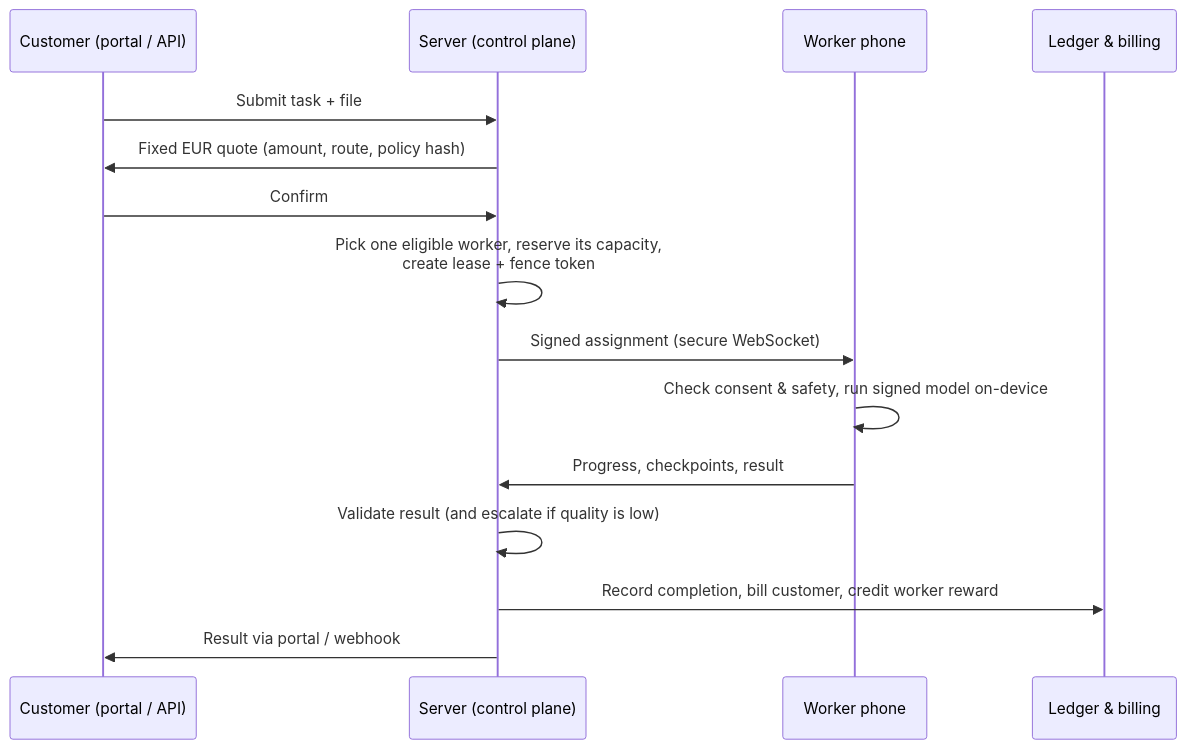
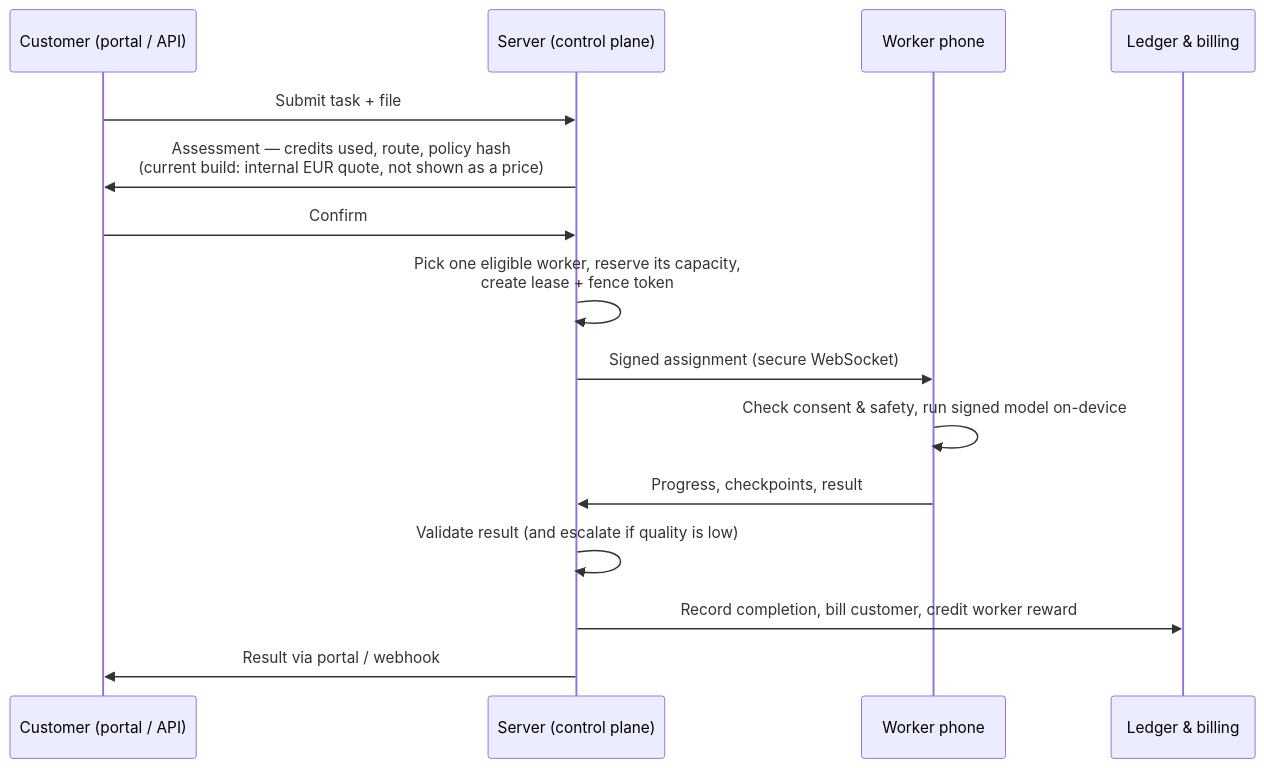
The diagram in docs/PROJECT-OVERVIEW.md (shahinfarahani7/project-pyton-version), drawn with Mermaid before and after one commit. The commit also changed other lines of this file and 25 other files, not shown here.

````diff
--- a/docs/PROJECT-OVERVIEW.md
+++ b/docs/PROJECT-OVERVIEW.md
@@ -28,18 +30,18 @@
 ```mermaid
 sequenceDiagram
     participant C as Customer (portal / API)
     participant S as Server (control plane)
     participant W as Worker phone
     participant L as Ledger & billing
 
     C->>S: Submit task + file
-    S->>C: Fixed EUR quote (amount, route, policy hash)
+    S->>C: Assessment — credits used, route, policy hash<br/>(current build: internal EUR quote, not shown as a price)
     C->>S: Confirm
     S->>S: Pick one eligible worker, reserve its capacity,<br/>create lease + fence token
     S->>W: Signed assignment (secure WebSocket)
     W->>W: Check consent & safety, run signed model on-device
     W->>S: Progress, checkpoints, result
     S->>S: Validate result (and escalate if quality is low)
     S->>L: Record completion, bill customer, credit worker reward
     S->>C: Result via portal / webhook
 ```
````
